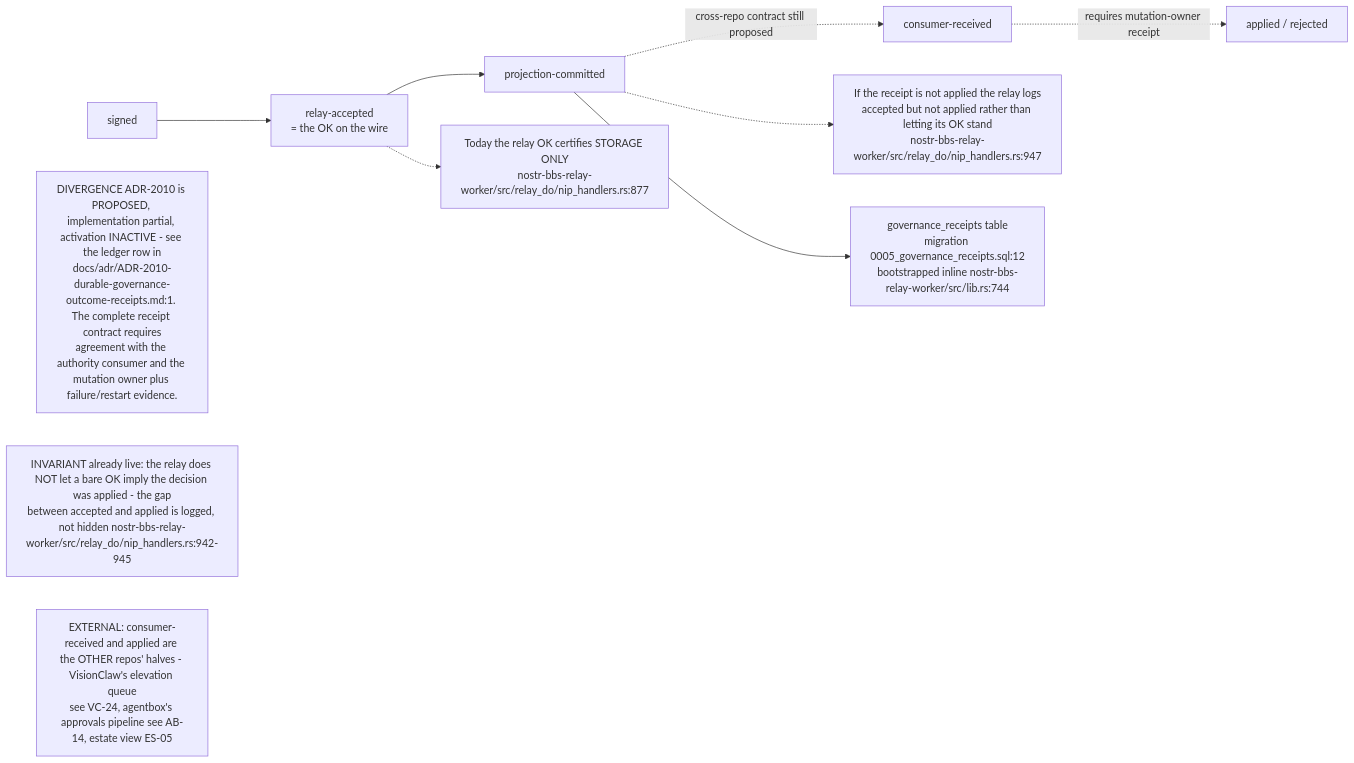
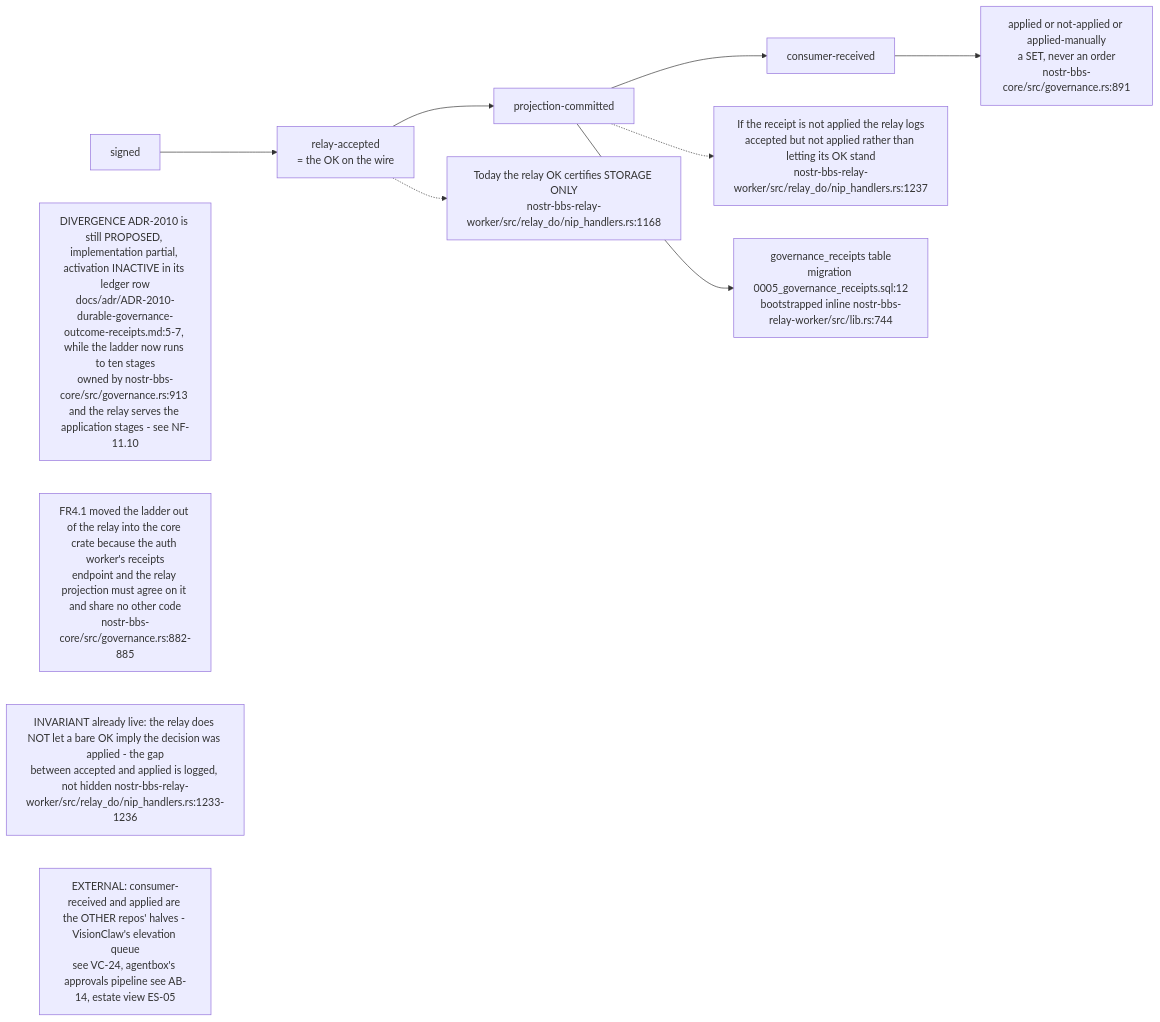
The seventh of 15 diagrams in docs/diagrams/nostr-rust-forum/06-agent-control-surface-31400-31405.md (DreamLab-AI/VisionFlow), drawn with Mermaid before and after one commit. The commit also changed other lines of this file and 11 other files, not shown here.

````diff
--- a/docs/diagrams/nostr-rust-forum/06-agent-control-surface-31400-31405.md
+++ b/docs/diagrams/nostr-rust-forum/06-agent-control-surface-31400-31405.md
@@ -196,19 +194,20 @@
 ```mermaid
 flowchart LR
     SIGNED["signed"] --> ACCEPTED["relay-accepted<br/>= the OK on the wire"]
     ACCEPTED --> PROJ["projection-committed"]
-    PROJ -. "cross-repo contract still proposed" .-> RECV["consumer-received"]
-    RECV -. "requires mutation-owner receipt" .-> APPLIED["applied / rejected"]
+    PROJ --> RECV["consumer-received"]
+    RECV --> APPLIED["applied or not-applied or applied-manually<br/>a SET, never an order<br/>nostr-bbs-core/src/governance.rs:891"]
 
-    OKNOW["Today the relay OK certifies STORAGE ONLY<br/>nostr-bbs-relay-worker/src/relay_do/nip_handlers.rs:877"]
-    WARN["If the receipt is not applied the relay logs<br/>accepted but not applied rather than letting its OK stand<br/>nostr-bbs-relay-worker/src/relay_do/nip_handlers.rs:947"]
+    OKNOW["Today the relay OK certifies STORAGE ONLY<br/>nostr-bbs-relay-worker/src/relay_do/nip_handlers.rs:1168"]
+    WARN["If the receipt is not applied the relay logs<br/>accepted but not applied rather than letting its OK stand<br/>nostr-bbs-relay-worker/src/relay_do/nip_handlers.rs:1237"]
     TABLE["governance_receipts table<br/>migration 0005_governance_receipts.sql:12<br/>bootstrapped inline nostr-bbs-relay-worker/src/lib.rs:744"]
 
     ACCEPTED -.-> OKNOW
     PROJ -.-> WARN
     PROJ --> TABLE
 
-    N1["DIVERGENCE ADR-2010 is PROPOSED, implementation partial, activation INACTIVE - see the ledger row in<br/>docs/adr/ADR-2010-durable-governance-outcome-receipts.md:1. The complete receipt contract requires<br/>agreement with the authority consumer and the mutation owner plus failure/restart evidence."]
-    N2["INVARIANT already live: the relay does NOT let a bare OK imply the decision was applied - the gap<br/>between accepted and applied is logged, not hidden nostr-bbs-relay-worker/src/relay_do/nip_handlers.rs:942-945"]
+    N1["DIVERGENCE ADR-2010 is still PROPOSED, implementation partial, activation INACTIVE in its ledger row<br/>docs/adr/ADR-2010-durable-governance-outcome-receipts.md:5-7, while the ladder now runs to ten stages<br/>owned by nostr-bbs-core/src/governance.rs:913 and the relay serves the application stages - see NF-11.10"]
+    N4["FR4.1 moved the ladder out of the relay into the core crate because the auth worker's receipts<br/>endpoint and the relay projection must agree on it and share no other code<br/>nostr-bbs-core/src/governance.rs:882-885"]
+    N2["INVARIANT already live: the relay does NOT let a bare OK imply the decision was applied - the gap<br/>between accepted and applied is logged, not hidden nostr-bbs-relay-worker/src/relay_do/nip_handlers.rs:1233-1236"]
     N3["EXTERNAL: consumer-received and applied are the OTHER repos' halves - VisionClaw's elevation queue<br/>see VC-24, agentbox's approvals pipeline see AB-14, estate view ES-05"]
 ```
````
